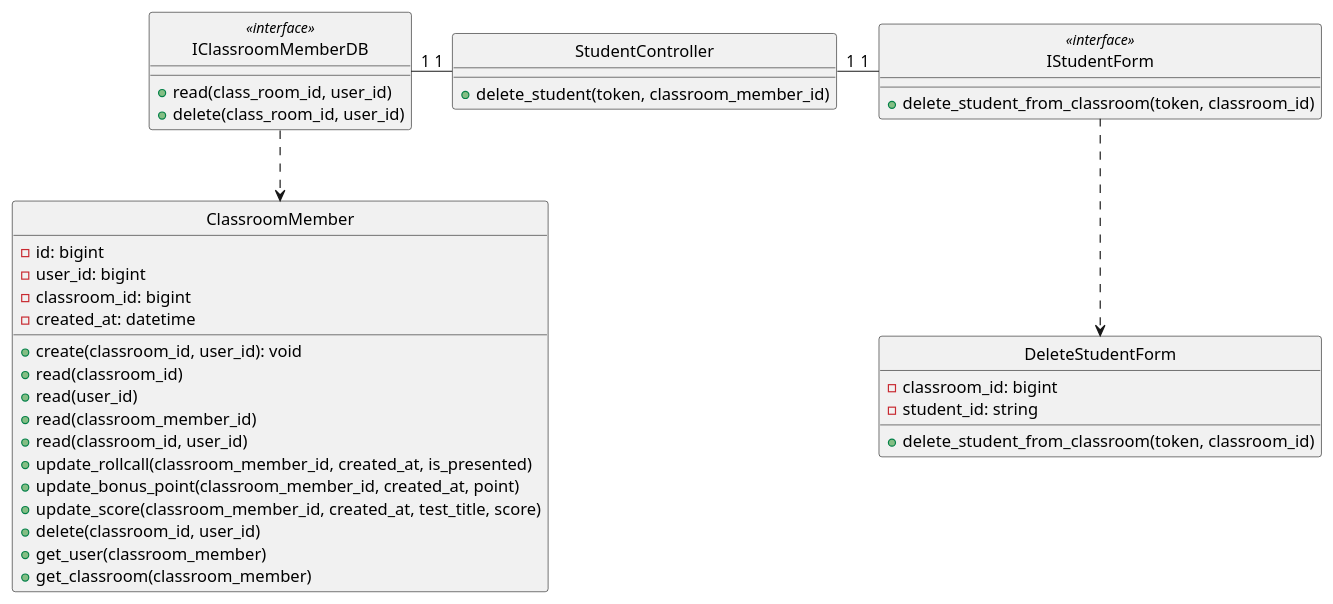
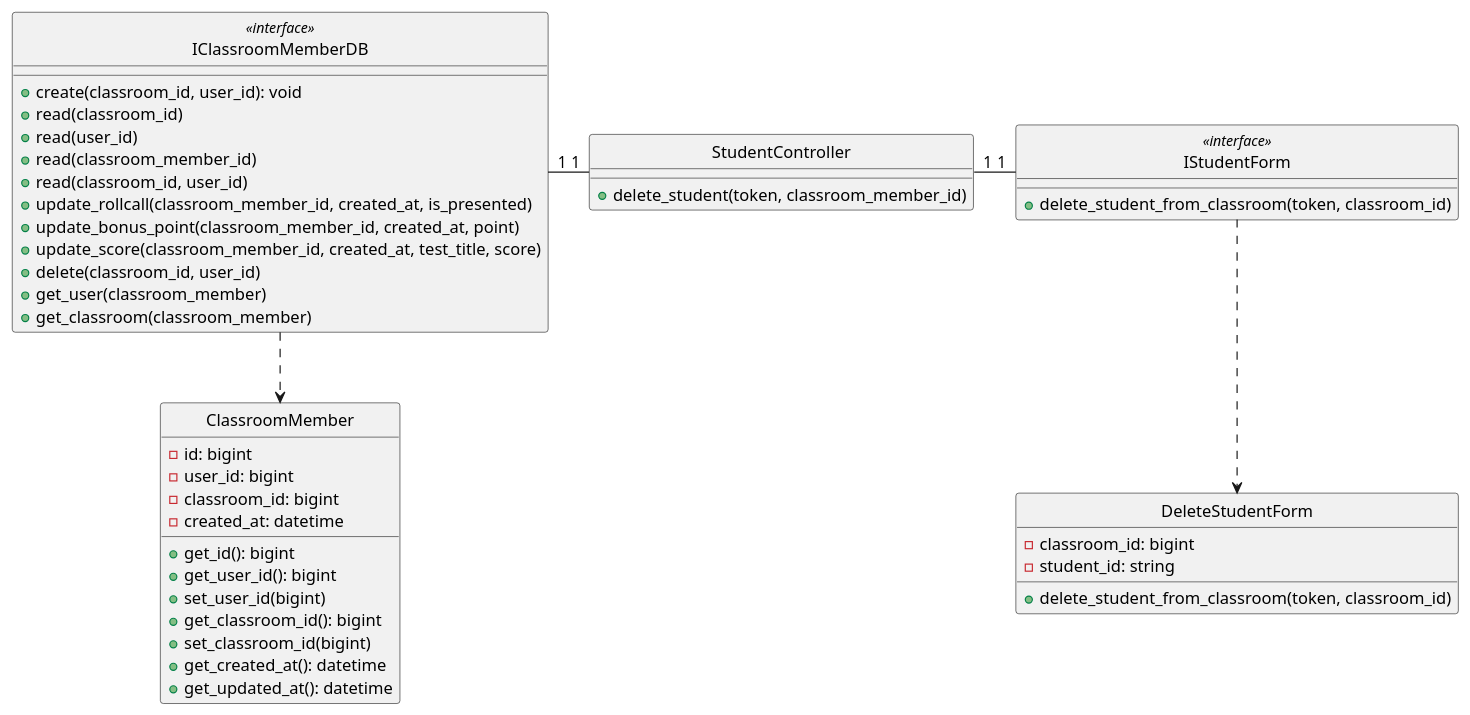
Before and after one commit to anonyhostvn/OOAD-Diagram: the diagram in class - design/student/deleteStudent.plantuml, drawn with PlantUML. The commit also changed 14 other files, not shown here.

```diff
--- a/class - design/student/deleteStudent.plantuml
+++ b/class - design/student/deleteStudent.plantuml
@@ -1,57 +1,62 @@
 @startuml addStudent
 
 class DeleteStudentForm {
     - classroom_id: bigint
     - student_id: string
 
     + delete_student_from_classroom(token, classroom_id)
 }
 
 class IStudentForm <<interface>> {
 
     + delete_student_from_classroom(token, classroom_id)
 }
 
 class StudentController {
     + delete_student(token, classroom_member_id)
 }
 
 class ClassroomMember {
     - id: bigint
     - user_id: bigint
     - classroom_id: bigint
     - created_at: datetime
 
+    + get_id(): bigint
+    + get_user_id(): bigint
+    + set_user_id(bigint)
+    + get_classroom_id(): bigint
+    + set_classroom_id(bigint)
+    + get_created_at(): datetime
+    + get_updated_at(): datetime
+}
+
+class IClassroomMemberDB <<interface>> {
     + create(classroom_id, user_id): void
     + read(classroom_id)
     + read(user_id)
     + read(classroom_member_id)
     + read(classroom_id, user_id)
     + update_rollcall(classroom_member_id, created_at, is_presented)
     + update_bonus_point(classroom_member_id, created_at, point)
     + update_score(classroom_member_id, created_at, test_title, score)
     + delete(classroom_id, user_id)
     + get_user(classroom_member)
     + get_classroom(classroom_member)
-}
-
-class IClassroomMemberDB <<interface>> {
-    + read(class_room_id, user_id)
-    + delete(class_room_id, user_id)
 }
 
 hide DeleteStudentForm circle
 hide IStudentForm <<interface>> circle
 hide StudentController circle
 hide IClassroomMemberDB <<interface>> circle
 hide ClassroomMember circle
 
 
 IStudentForm .down.> DeleteStudentForm
 IClassroomMemberDB .down.> ClassroomMember
 IStudentForm "1"-left-"1" StudentController
 StudentController "1"-left-"1" IClassroomMemberDB
 
 
 
 @enduml
```
